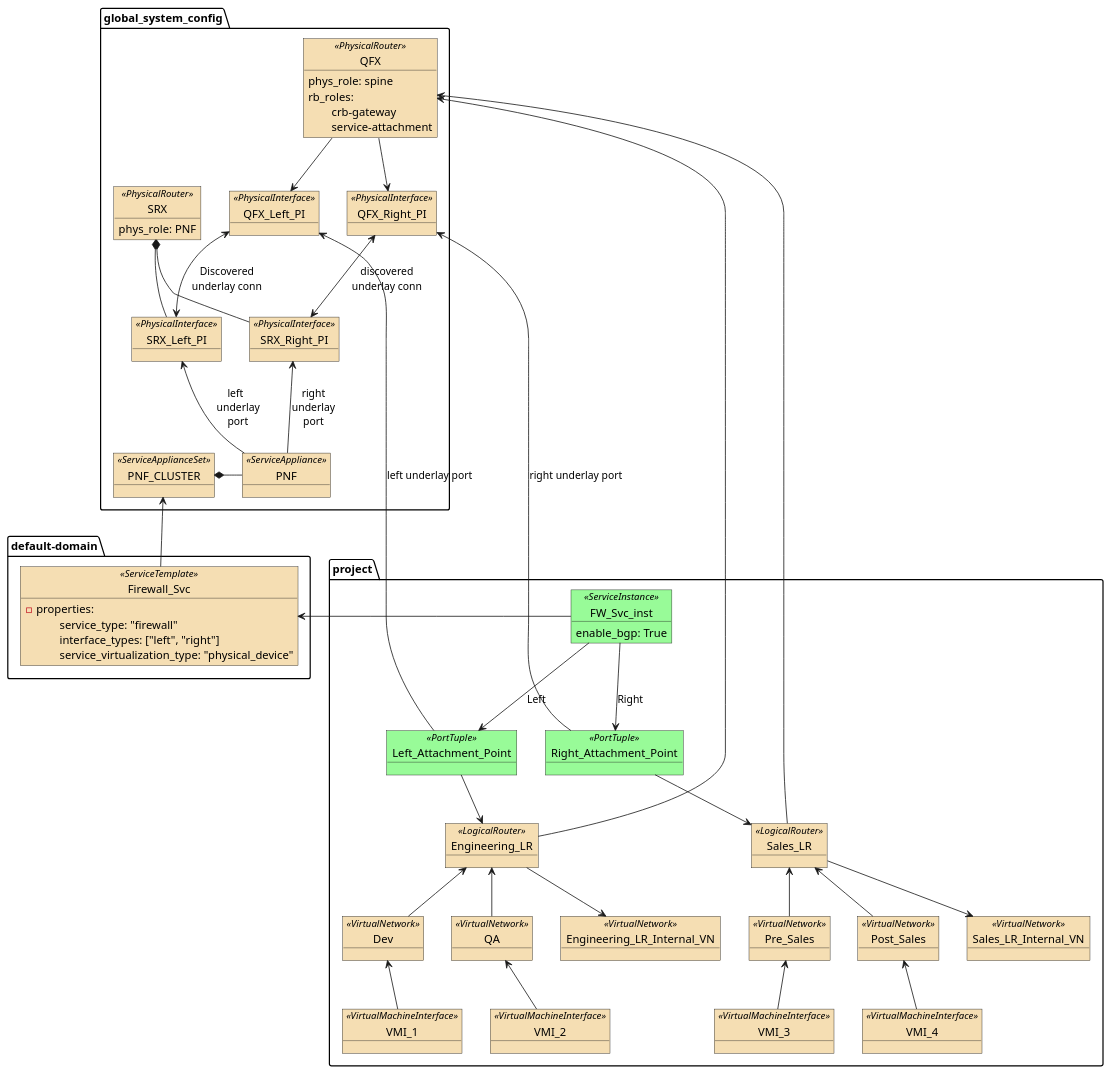
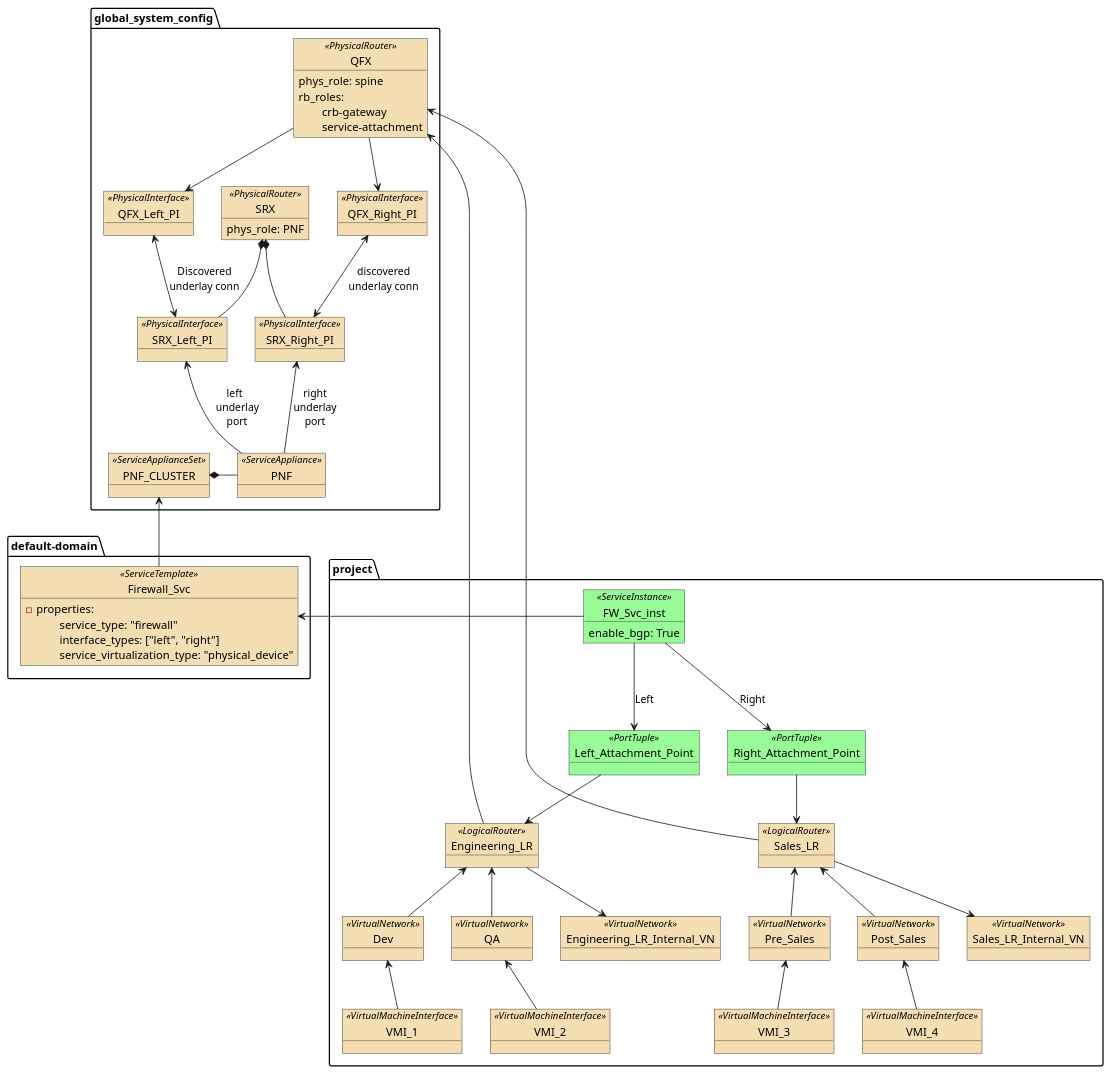
The diagram in 5.1-data-model/pnf-chaining-data-model-04.puml (jnpr-tjiang/cfm-data-model), drawn with PlantUML before and after one commit. The commit also changed 8 other files, not shown here.

Commit message:
Added end-to-end ztp call flow

```diff
--- a/5.1-data-model/pnf-chaining-data-model-04.puml
+++ b/5.1-data-model/pnf-chaining-data-model-04.puml
@@ -1,145 +1,144 @@
 @startuml
 
 skinparam object {
 	BackgroundColor PaleGreen
 	BackgroundColor<<PhysicalRouter>> Wheat
 	BackgroundColor<<PhysicalInterface>> Wheat
 	BackgroundColor<<LogicalRouter>> Wheat
 	BackgroundColor<<VirtualNetwork>> Wheat
 	BackgroundColor<<VirtualMachineInterface>> Wheat
 	BackgroundColor<<ServiceApplianceSet>> Wheat
 	BackgroundColor<<ServiceAppliance>> Wheat
 	BackgroundColor<<ServiceTemplate>> Wheat
 }
 
 package default-domain {
     object Firewall_Svc<<ServiceTemplate>> {
         - properties:
             \tservice_type: "firewall"
             \tinterface_types: ["left", "right"]
             \tservice_virtualization_type: "physical_device"
     }
 }
 
 package global_system_config {
     
     object SRX<<PhysicalRouter>> {
         phys_role: PNF
     }
 
     object SRX_Left_PI<<PhysicalInterface>> {
     }
 
     object SRX_Right_PI<<PhysicalInterface>> {
     }
 
     object PNF_CLUSTER<<ServiceApplianceSet>> {
     }
 
     object PNF<<ServiceAppliance>> {
     }
 
     object QFX<<PhysicalRouter>> {
         phys_role: spine
         rb_roles:
             \tcrb-gateway
             \tservice-attachment
     }
 
     object QFX_Left_PI<<PhysicalInterface>> {
     }
 
     object QFX_Right_PI<<PhysicalInterface>> {
     }
 
     SRX *-- SRX_Left_PI
     SRX *-- SRX_Right_PI
 
     QFX --> QFX_Left_PI
     QFX --> QFX_Right_PI
 
     QFX_Left_PI <--> SRX_Left_PI: Discovered\nunderlay conn
     QFX_Right_PI <--> SRX_Right_PI: discovered\nunderlay conn
 
 
     PNF_CLUSTER *- PNF
     SRX_Left_PI <-- PNF: "left\t\t\nunderlay\t\t\nport\t\t"
     SRX_Right_PI <-- PNF: right\nunderlay\nport
 }
 
 package project {
     object FW_Svc_inst<<ServiceInstance>> {
         enable_bgp: True
     }
     
     object Engineering_LR<<LogicalRouter>> {
     }
     
     object Sales_LR<<LogicalRouter>> {
     }
     
     object Dev<<VirtualNetwork>> {
     }
     
     object QA<<VirtualNetwork>> {
     }
     
     object Pre_Sales<<VirtualNetwork>> {
     }
     
     object Post_Sales<<VirtualNetwork>> {
     }
     
     object Engineering_LR_Internal_VN<<VirtualNetwork>> {
     }
     
     object Sales_LR_Internal_VN<<VirtualNetwork>> {
     }
     
     object Left_Attachment_Point<<PortTuple>> {
     }
     
     object Right_Attachment_Point<<PortTuple>> {
     }
     
     object VMI_1<<VirtualMachineInterface>> {
     }
     
     object VMI_2<<VirtualMachineInterface>> {
     }
     
     object VMI_3<<VirtualMachineInterface>> {
     }
     
     object VMI_4<<VirtualMachineInterface>> {
     }
     
     Dev <-- VMI_1
     QA <-- VMI_2
     Pre_Sales <-- VMI_3
     Post_Sales <-- VMI_4
     
     Engineering_LR <-- Dev
     Engineering_LR <-- QA
     Engineering_LR --> Engineering_LR_Internal_VN
-    
+
+
     Sales_LR <-- Pre_Sales
     Sales_LR <-- Post_Sales
     Sales_LR --> Sales_LR_Internal_VN
     
     FW_Svc_inst --> Left_Attachment_Point: Left
     FW_Svc_inst --> Right_Attachment_Point: Right 
     
     Left_Attachment_Point --> Engineering_LR
     Right_Attachment_Point --> Sales_LR
 }
 
 
 PNF_CLUSTER <-- Firewall_Svc
 Firewall_Svc <- FW_Svc_inst
 QFX <- Engineering_LR
 QFX <- Sales_LR
-QFX_Left_PI <- Left_Attachment_Point: left underlay port
-QFX_Right_PI <- Right_Attachment_Point: right underlay port
 
 @enduml
```
